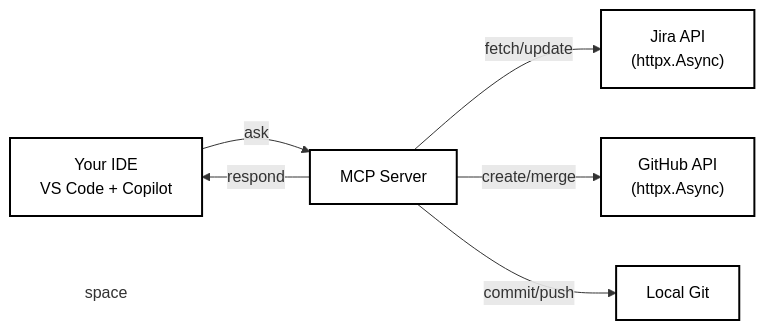
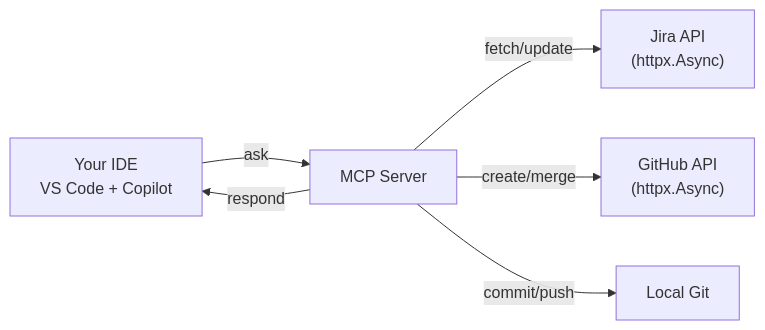
The diagram in README.md (TamarEngel/jira-github-mcp), drawn with Mermaid before and after one commit.

Commit message:
docs: update README2

````diff
--- a/README.md
+++ b/README.md
@@ -179,23 +179,15 @@
 ```mermaid
+%%{init: {'flowchart': {'htmlLabels': true, 'useMaxWidth': false}}}%%
 graph LR
     IDE["Your IDE<br/>VS Code + Copilot"]
-    
-    
     MCP["MCP Server"]
     JIRA["Jira API<br/>(httpx.Async)"]
     GITHUB["GitHub API<br/>(httpx.Async)"]
     GIT["Local Git"]
     
     IDE -->|ask| MCP
     MCP -->|fetch/update| JIRA
     MCP -->|create/merge| GITHUB
     MCP -->|commit/push| GIT
     MCP -->|respond| IDE
-    
-    style IDE fill:#ffffff,stroke:#000000,stroke-width:2px,color:#000
-    style MCP fill:#ffffff,stroke:#000000,stroke-width:2px,color:#000
-    style JIRA fill:#ffffff,stroke:#000000,stroke-width:2px,color:#000
-    style GITHUB fill:#ffffff,stroke:#000000,stroke-width:2px,color:#000
-    style GIT fill:#ffffff,stroke:#000000,stroke-width:2px,color:#000
-    style space fill:none,stroke:none
 ```
````
